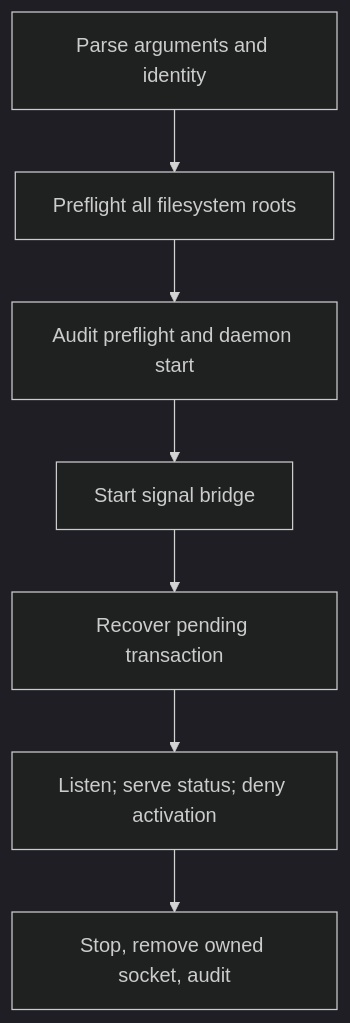
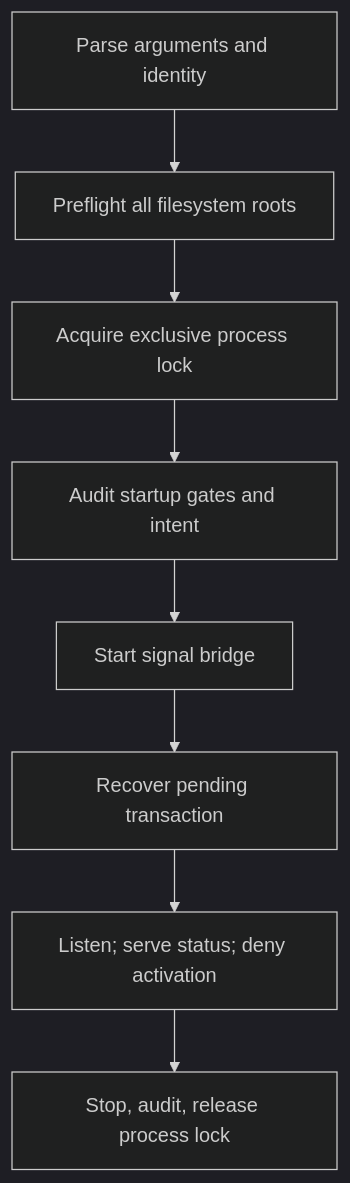
The diagram in docs/reference/privileged-daemon.md (Robin-Goerlach/SASD-Gatehold), drawn with Mermaid (dark theme) before and after one commit. The commit also changed other lines of this file and 13 other files, not shown here.

````diff
--- a/docs/reference/privileged-daemon.md
+++ b/docs/reference/privileged-daemon.md
@@ -48,9 +48,10 @@
 ```mermaid
 flowchart TD
     A["Parse arguments and identity"] --> B["Preflight all filesystem roots"]
-    B --> C["Audit preflight and daemon start"]
-    C --> D["Start signal bridge"]
-    D --> E["Recover pending transaction"]
-    E --> F["Listen; serve status; deny activation"]
-    F --> G["Stop, remove owned socket, audit"]
+    B --> C["Acquire exclusive process lock"]
+    C --> D["Audit startup gates and intent"]
+    D --> E["Start signal bridge"]
+    E --> F["Recover pending transaction"]
+    F --> G["Listen; serve status; deny activation"]
+    G --> H["Stop, audit, release process lock"]
 ```
````
